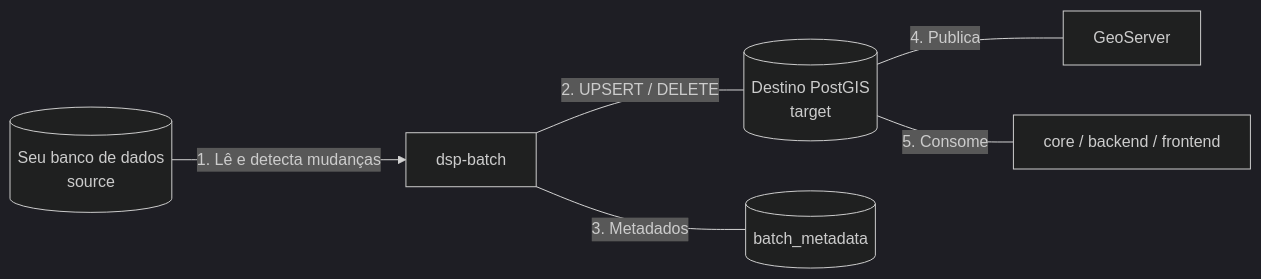
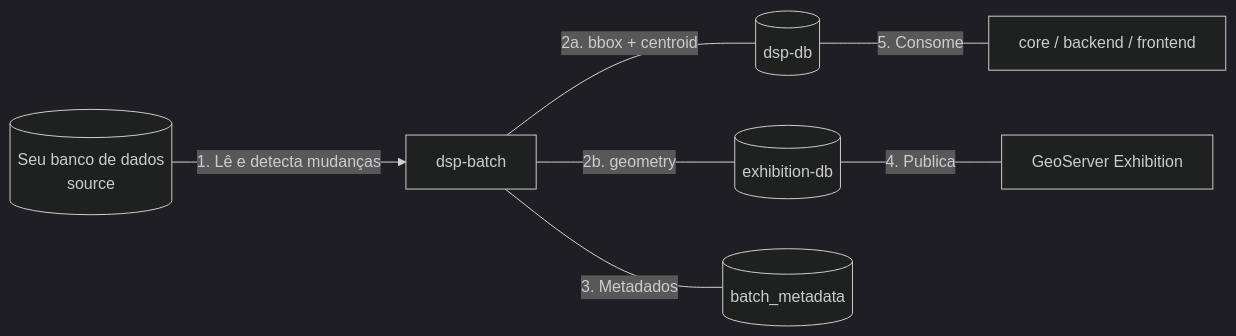
Before and after one commit to kleber-albino/rer-dsp-docs: the third of 3 diagrams in docs/index.md, drawn with Mermaid (dark theme). The commit also changed other lines of this file and 11 other files, not shown here.

First line of the commit message:
docs: remove outdated diagram options and update migration/architecture docs for dual-db setup

````diff
--- a/docs/index.md
+++ b/docs/index.md
@@ -163,8 +164,9 @@
 ```mermaid
 flowchart LR
   org[(Seu banco de dados<br/>source)] -->|1. Lê e detecta mudanças| job[dsp-batch]
-  job ---|2. UPSERT / DELETE| tgt[(Destino PostGIS<br/>target)]
+  job ---|2a. bbox + centroid| tgt[(dsp-db)]
+  job ---|2b. geometry| geo[(exhibition-db)]
   job ---|3. Metadados| meta[(batch_metadata)]
-  tgt ---|4. Publica| gs[GeoServer]
+  geo ---|4. Publica| gs[GeoServer Exhibition]
   tgt ---|5. Consome| apps[core / backend / frontend]
 ```
````
